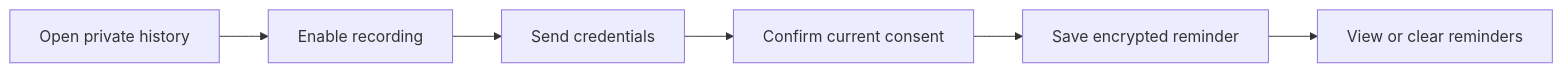
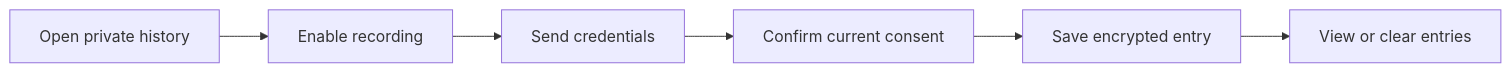
The third of 4 diagrams in docs/apps/learn-card-app/README.md (learningeconomy/LearnCard), drawn with Mermaid before and after one commit. The commit also changed other lines of this file and 8 other files, not shown here.

````diff
--- a/docs/apps/learn-card-app/README.md
+++ b/docs/apps/learn-card-app/README.md
@@ -72,8 +72,8 @@
 ```mermaid
 flowchart LR
     A[Open private history] --> B[Enable recording]
     B --> C[Send credentials]
     C --> D[Confirm current consent]
-    D --> E[Save encrypted reminder]
-    E --> F[View or clear reminders]
+    D --> E[Save encrypted entry]
+    E --> F[View or clear entries]
 ```
````
